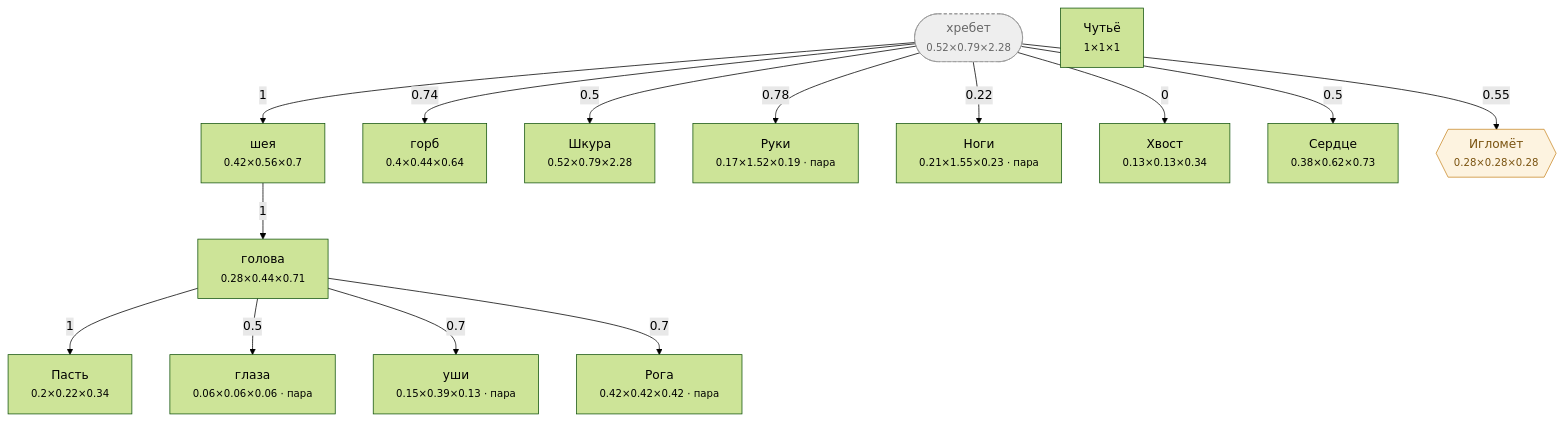
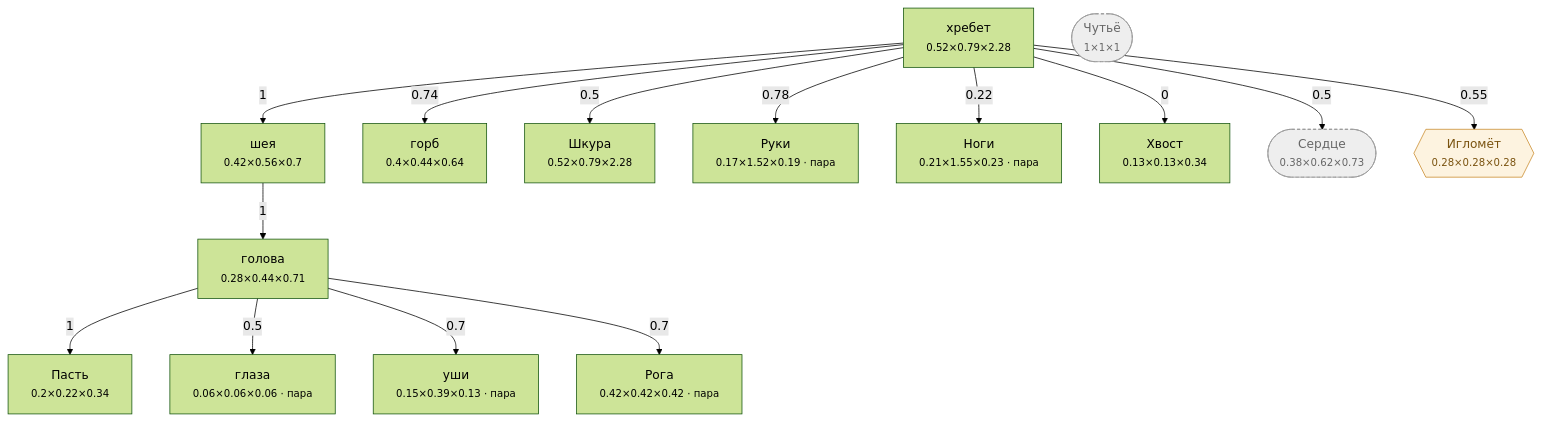
The diagram in Docs/Диаграммы/Лось.md (darklordshish/ChimeraEvolution-2026-06-26_15-29-59), drawn with Mermaid (forest theme) before and after one commit. The commit also changed other lines of this file and 10 other files, not shown here.

````diff
--- a/Docs/Диаграммы/Лось.md
+++ b/Docs/Диаграммы/Лось.md
@@ -23,38 +23,38 @@
 ```mermaid
 flowchart TD
-    n0(["хребет<br/><small>0.52×0.79×2.28</small>"])
+    n0["хребет<br/><small>0.52×0.79×2.28</small>"]
     n1["голова<br/><small>0.28×0.44×0.71</small>"]
     n2["Пасть<br/><small>0.2×0.22×0.34</small>"]
     n3["глаза<br/><small>0.06×0.06×0.06 · пара</small>"]
     n4["уши<br/><small>0.15×0.39×0.13 · пара</small>"]
     n5["шея<br/><small>0.42×0.56×0.7</small>"]
     n6["горб<br/><small>0.4×0.44×0.64</small>"]
     n7["Шкура<br/><small>0.52×0.79×2.28</small>"]
     n8["Руки<br/><small>0.17×1.52×0.19 · пара</small>"]
     n9["Ноги<br/><small>0.21×1.55×0.23 · пара</small>"]
     n10["Хвост<br/><small>0.13×0.13×0.34</small>"]
     n11["Рога<br/><small>0.42×0.42×0.42 · пара</small>"]
-    n12["Сердце<br/><small>0.38×0.62×0.73</small>"]
-    n13["Чутьё<br/><small>1×1×1</small>"]
+    n12(["Сердце<br/><small>0.38×0.62×0.73</small>"])
+    n13(["Чутьё<br/><small>1×1×1</small>"])
     n14{{"Игломёт<br/><small>0.28×0.28×0.28</small>"}}
 
     n5 -->|1| n1
     n1 -->|1| n2
     n1 -->|0.5| n3
     n1 -->|0.7| n4
     n0 -->|1| n5
     n0 -->|0.74| n6
     n0 -->|0.5| n7
     n0 -->|0.78| n8
     n0 -->|0.22| n9
     n0 -->|0| n10
     n1 -->|0.7| n11
     n0 -->|0.5| n12
     n0 -->|0.55| n14
 
     classDef hid fill:#eee,stroke:#999,stroke-dasharray:4 3,color:#666
     classDef gr fill:#fdf3e0,stroke:#c98a2b,color:#7a5310
     classDef ch fill:#e8f2ff,stroke:#3b74c4,color:#1c3f70
-    class n0 hid
+    class n12,n13 hid
     class n14 gr
 ```
````
